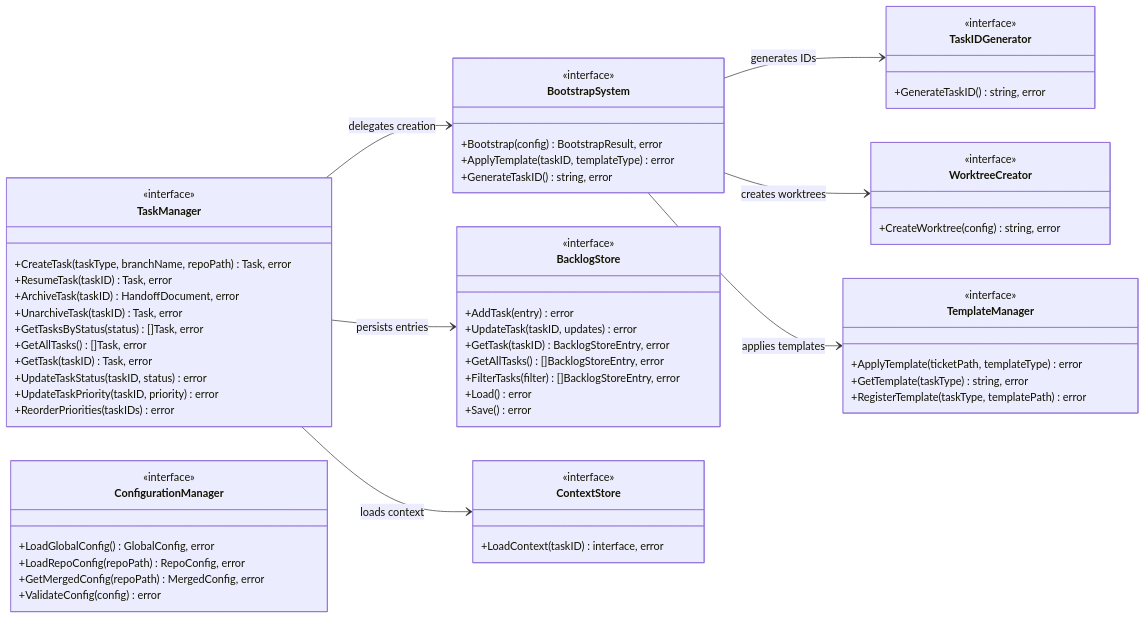
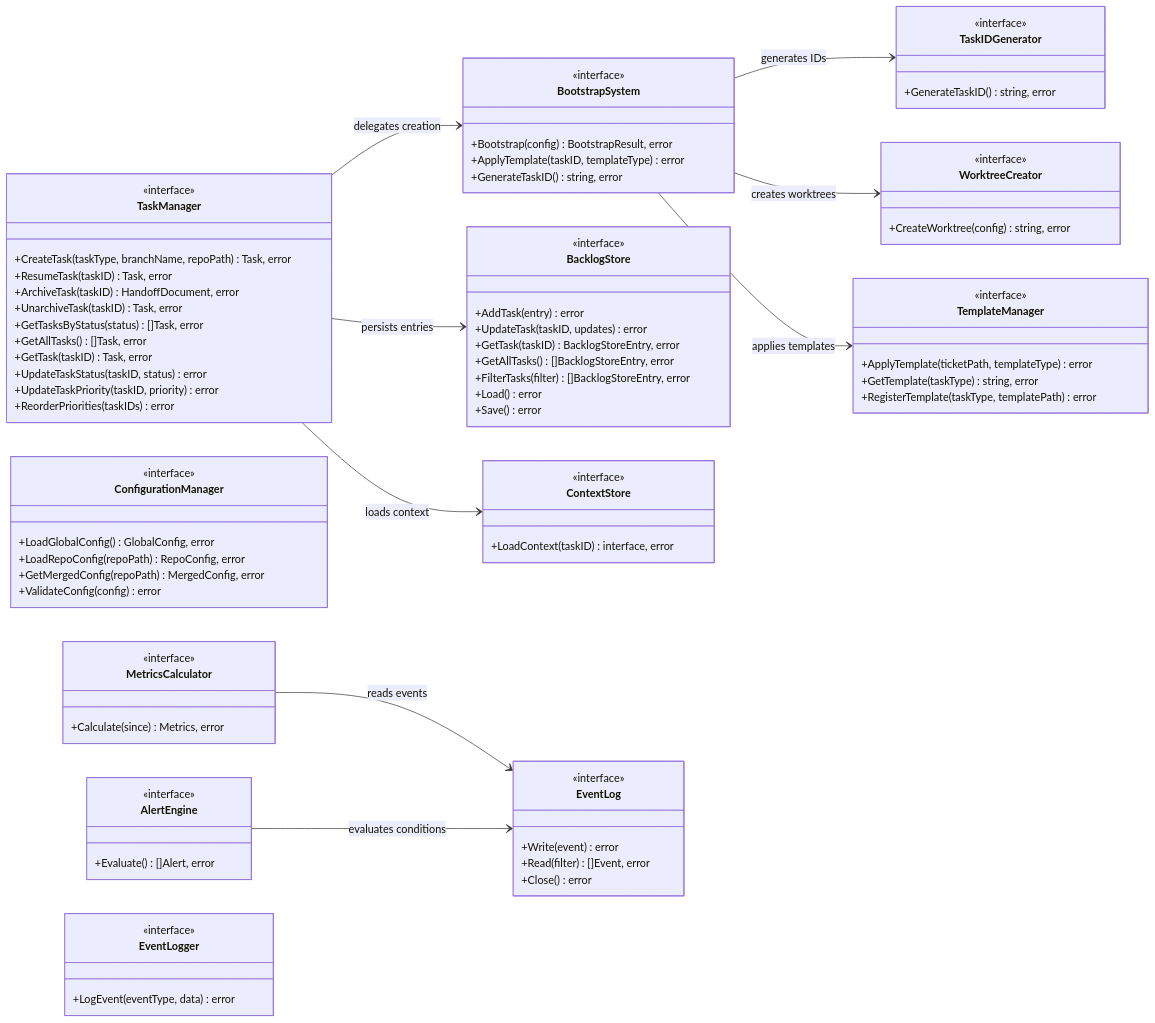
Before and after one commit to valter-silva-au/ai-dev-brain: the second of 9 diagrams in docs/architecture.md, drawn with Mermaid. The commit also changed other lines of this file and 2 other files, not shown here.

First line of the commit message:
docs: update CLAUDE.md, architecture.md, and commands.md for observability

````diff
--- a/docs/architecture.md
+++ b/docs/architecture.md
@@ -168,10 +183,34 @@
         +RegisterTemplate(taskType, templatePath) error
     }
 
+    class EventLog {
+        <<interface>>
+        +Write(event) error
+        +Read(filter) []Event, error
+        +Close() error
+    }
+
+    class MetricsCalculator {
+        <<interface>>
+        +Calculate(since) Metrics, error
+    }
+
+    class AlertEngine {
+        <<interface>>
+        +Evaluate() []Alert, error
+    }
+
+    class EventLogger {
+        <<interface>>
+        +LogEvent(eventType, data) error
+    }
+
     TaskManager --> BootstrapSystem : delegates creation
     TaskManager --> BacklogStore : persists entries
     TaskManager --> ContextStore : loads context
     BootstrapSystem --> TaskIDGenerator : generates IDs
     BootstrapSystem --> WorktreeCreator : creates worktrees
     BootstrapSystem --> TemplateManager : applies templates
+    MetricsCalculator --> EventLog : reads events
+    AlertEngine --> EventLog : evaluates conditions
 ```
````
